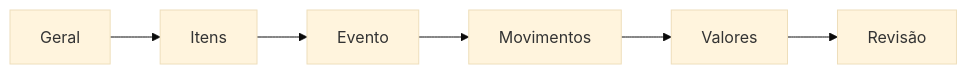
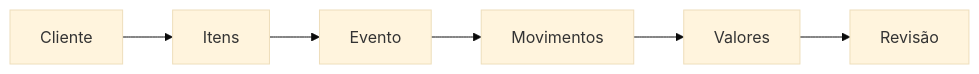
One commit to LocFlowTeam/locflow-docs changed the diagram in orcamentos/criando-um-orcamento.md. Above: the diagram before and after it, drawn with Mermaid (base theme). The commit also changed other lines of this file and 4 other files, not shown here.

````diff
--- a/orcamentos/criando-um-orcamento.md
+++ b/orcamentos/criando-um-orcamento.md
@@ -42,8 +42,8 @@
 ```mermaid
 flowchart LR
-    A[Geral] --> B[Itens]
+    A[Cliente] --> B[Itens]
     B --> C[Evento]
     C --> D[Movimentos]
     D --> E[Valores]
     E --> F[Revisão]
 ```
````
